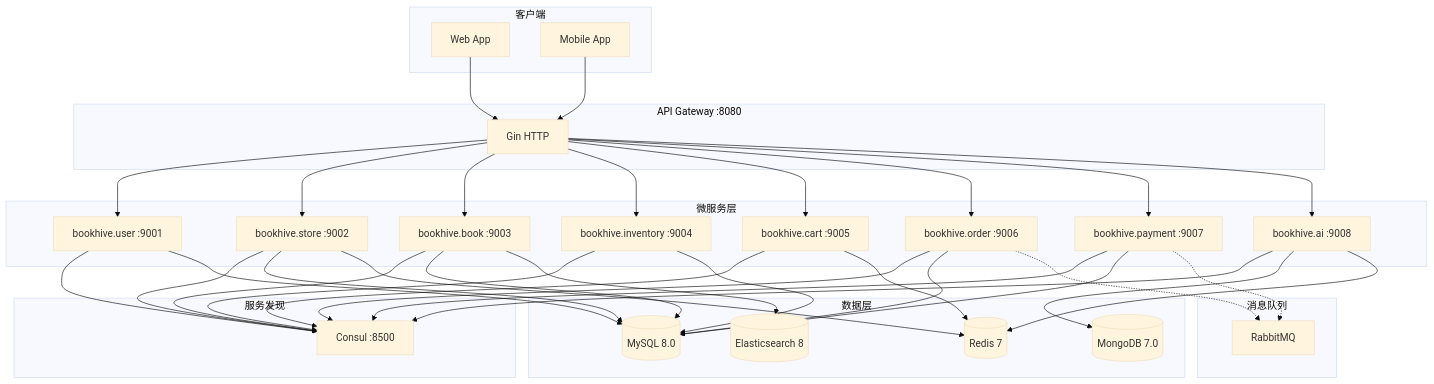
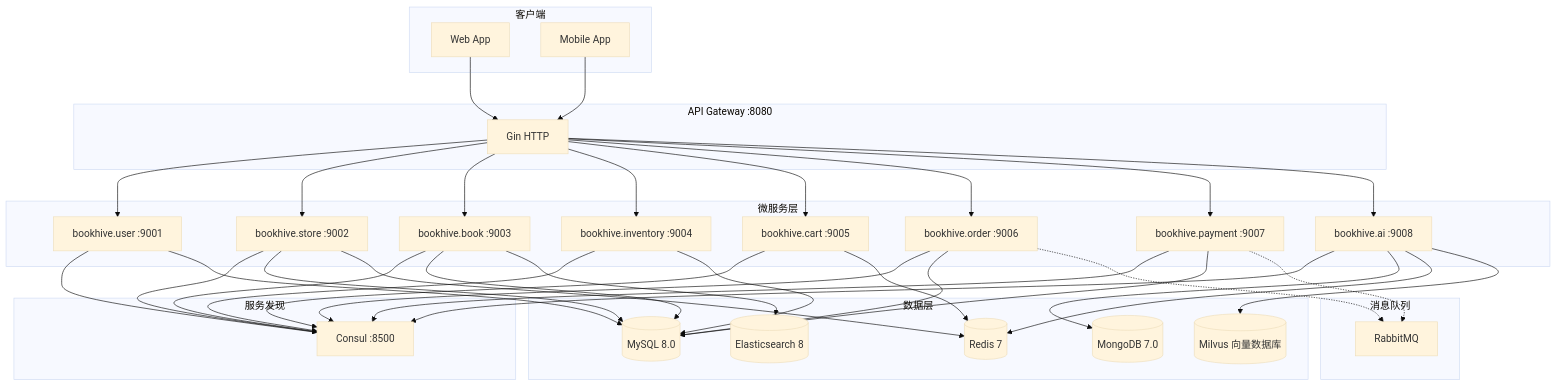
The diagram in README.md (qiwang999/book-e-commerce-micro), drawn with Mermaid (base theme) before and after one commit. The commit also changed other lines of this file and 23 other files, not shown here.

First line of the commit message:
feat(ai): 动态 Tool 加载 + 意图路由 + 全流程购物工具 + 文档更新

````diff
--- a/README.md
+++ b/README.md
@@ -18,72 +18,74 @@
 ```mermaid
 flowchart TB
     subgraph Client["客户端"]
         Web[Web App]
         Mobile[Mobile App]
     end
 
     subgraph Gateway["API Gateway :8080"]
         Gin[Gin HTTP]
     end
 
     subgraph Services["微服务层"]
         User[bookhive.user :9001]
         Store[bookhive.store :9002]
         Book[bookhive.book :9003]
         Inventory[bookhive.inventory :9004]
         Cart[bookhive.cart :9005]
         Order[bookhive.order :9006]
         Payment[bookhive.payment :9007]
         AI[bookhive.ai :9008]
     end
 
     subgraph Discovery["服务发现"]
         Consul[Consul :8500]
     end
 
     subgraph Data["数据层"]
         MySQL[(MySQL 8.0)]
         Mongo[(MongoDB 7.0)]
         Redis[(Redis 7)]
         ES[(Elasticsearch 8)]
+        Milvus[(Milvus 向量数据库)]
     end
 
     subgraph MQ["消息队列"]
         RabbitMQ[RabbitMQ]
     end
 
     Web --> Gin
     Mobile --> Gin
     Gin --> User
     Gin --> Store
     Gin --> Book
     Gin --> Inventory
     Gin --> Cart
     Gin --> Order
     Gin --> Payment
     Gin --> AI
 
     User --> Consul
     Store --> Consul
     Book --> Consul
     Inventory --> Consul
     Cart --> Consul
     Order --> Consul
     Payment --> Consul
     AI --> Consul
 
     User --> MySQL
     Store --> MySQL
     Store --> Redis
     Book --> MySQL
     Book --> ES
     Inventory --> MySQL
     Cart --> Redis
     Order --> MySQL
     Payment --> MySQL
     AI --> Mongo
     AI --> Redis
+    AI --> Milvus
 
     Order -.-> RabbitMQ
     Payment -.-> RabbitMQ
 ```
````
